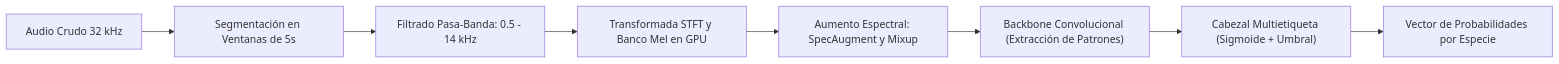
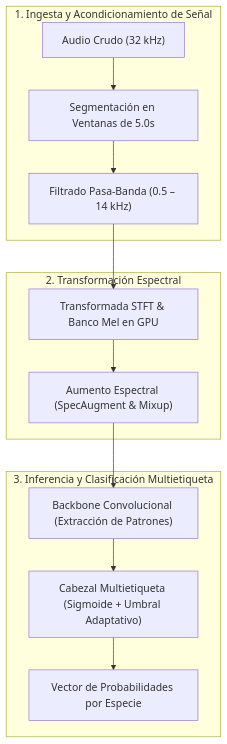
Before and after one commit to LuzuJ/LuzuJ.github.io: the diagram in content/investigacion-ia/birdclef-acustica.md, drawn with Mermaid. The commit also changed 4 other files, not shown here.

Commit message:
fix(diagrams): convert horizontal pipeline chains to multi-stage vertical flowcharts for full typography legibility

````diff
--- a/content/investigacion-ia/birdclef-acustica.md
+++ b/content/investigacion-ia/birdclef-acustica.md
@@ -22,10 +22,18 @@
 ```mermaid
-flowchart LR
-    Audio["Audio Crudo 32 kHz"] --> Slicer["Segmentación en Ventanas de 5s"]
-    Slicer --> Filter["Filtrado Pasa-Banda: 0.5 - 14 kHz"]
-    Filter --> STFT["Transformada STFT y Banco Mel en GPU"]
-    STFT --> Aug["Aumento Espectral: SpecAugment y Mixup"]
-    Aug --> Backbone["Backbone Convolucional (Extracción de Patrones)"]
-    Backbone --> MultiLabel["Cabezal Multietiqueta (Sigmoide + Umbral)"]
-    MultiLabel --> Out["Vector de Probabilidades por Especie"]
+flowchart TD
+    subgraph S1 ["1. Ingesta y Acondicionamiento de Señal"]
+        Audio["Audio Crudo (32 kHz)"] --> Slicer["Segmentación en Ventanas de 5.0s"]
+        Slicer --> Filter["Filtrado Pasa-Banda (0.5 – 14 kHz)"]
+    end
+
+    subgraph S2 ["2. Transformación Espectral"]
+        Filter --> STFT["Transformada STFT & Banco Mel en GPU"]
+        STFT --> Aug["Aumento Espectral (SpecAugment & Mixup)"]
+    end
+
+    subgraph S3 ["3. Inferencia y Clasificación Multietiqueta"]
+        Aug --> Backbone["Backbone Convolucional (Extracción de Patrones)"]
+        Backbone --> MultiLabel["Cabezal Multietiqueta (Sigmoide + Umbral Adaptativo)"]
+        MultiLabel --> Out["Vector de Probabilidades por Especie"]
+    end
 ```
````
